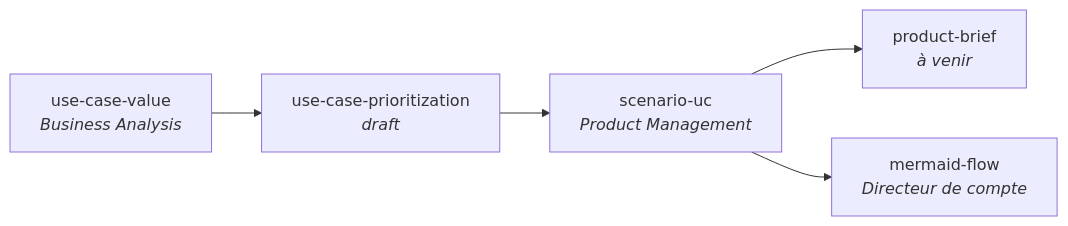
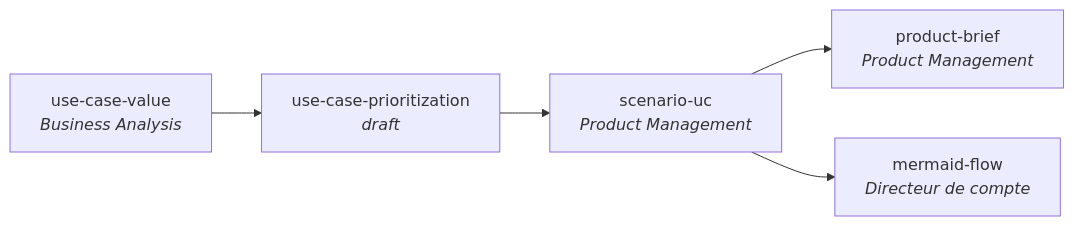
Before and after one commit to RunLittleTurtle/skills: the diagram in README.md, drawn with Mermaid. The commit also changed other lines of this file and 3 other files, not shown here.

First line of the commit message:
Add product-brief skill

````diff
--- a/README.md
+++ b/README.md
@@ -49,7 +49,7 @@
 ```mermaid
 flowchart LR
   A[use-case-value<br/><i>Business Analysis</i>] --> B[use-case-prioritization<br/><i>draft</i>]
   B --> C[scenario-uc<br/><i>Product Management</i>]
-  C --> D[product-brief<br/><i>à venir</i>]
+  C --> D[product-brief<br/><i>Product Management</i>]
   C --> E[mermaid-flow<br/><i>Directeur de compte</i>]
 ```
````
